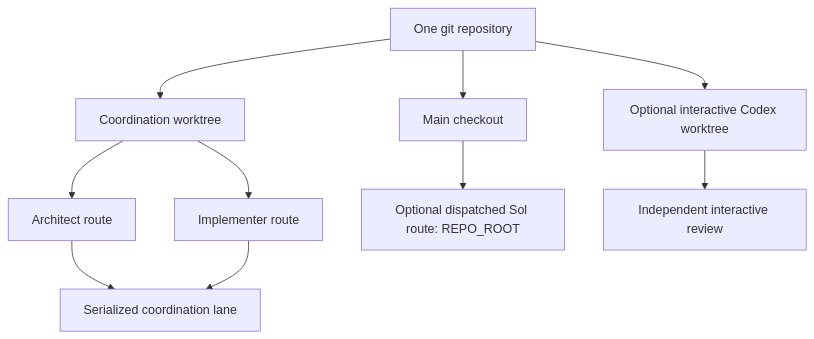
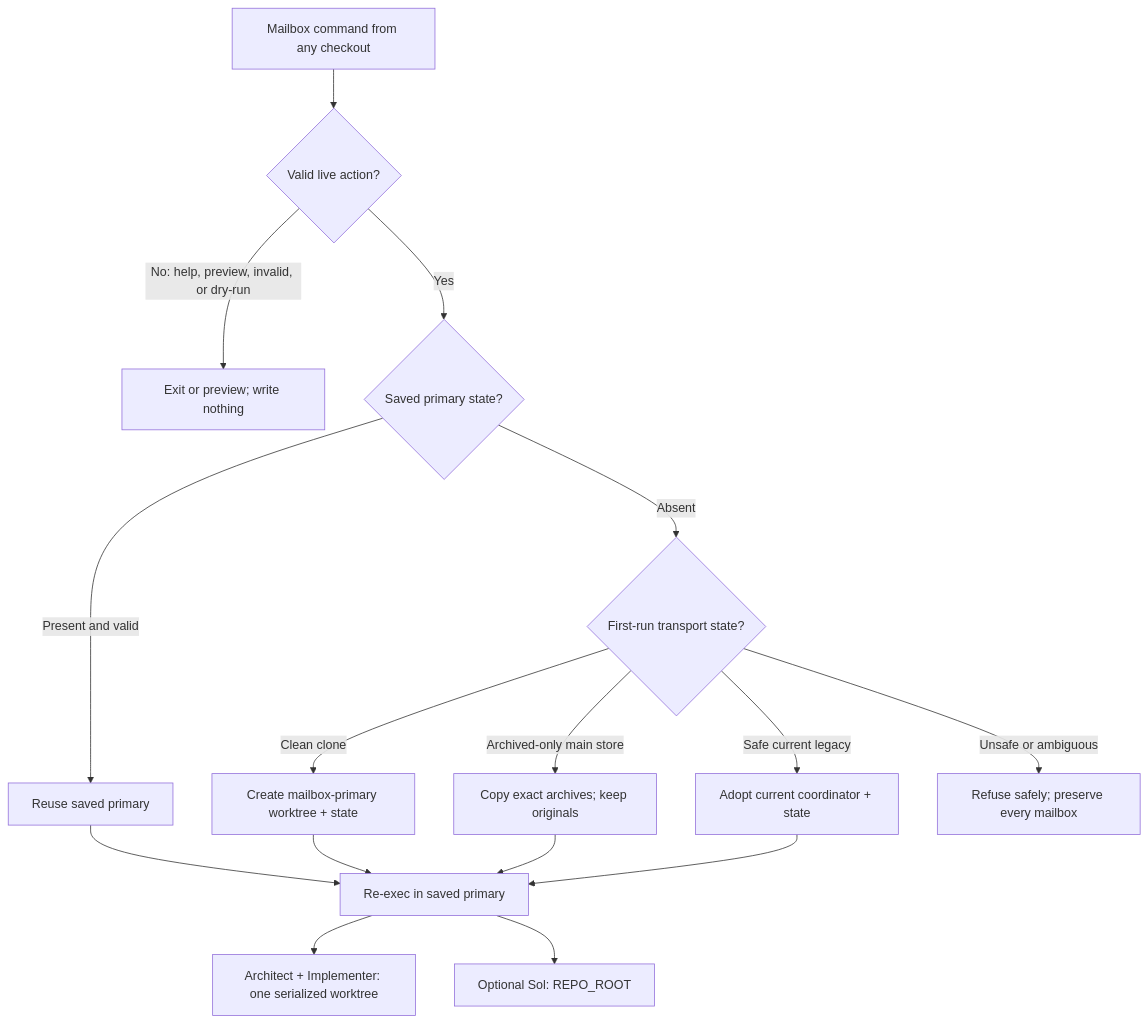
One commit to SBU-COSMOLIKE/emulators_code_v2 changed the eighth of 8 diagrams in ai/README.md. Above: the diagram before and after it, drawn with Mermaid. The commit also changed other lines of this file and 8 other files, not shown here.

Commit message:
Add persistent mailbox coordination worktree

````diff
--- a/ai/README.md
+++ b/ai/README.md
@@ -699,12 +759,18 @@
 ```mermaid
-flowchart TB
-  G["One git repository"] --> M["Main checkout"]
-  G --> C["Coordination worktree"]
-  G --> R["Optional interactive Codex worktree"]
-  C --> A["Architect route"]
-  C --> I["Implementer route"]
-  M --> S["Optional dispatched Sol route: REPO_ROOT"]
-  R --> X["Independent interactive review"]
-  A --> L["Serialized coordination lane"]
-  I --> L
+flowchart TD
+  C["Mailbox command from any checkout"] --> V{"Valid live action?"}
+  V -->|"No: help, preview, invalid, or dry-run"| Z["Exit or preview; write nothing"]
+  V -->|"Yes"| S{"Saved primary state?"}
+  S -->|"Present and valid"| R["Reuse saved primary"]
+  S -->|"Absent"| L{"First-run transport state?"}
+  L -->|"Clean clone"| N["Create mailbox-primary worktree + state"]
+  L -->|"Archived-only main store"| B["Copy exact archives; keep originals"]
+  L -->|"Safe current legacy"| D["Adopt current coordinator + state"]
+  L -->|"Unsafe or ambiguous"| F["Refuse safely; preserve every mailbox"]
+  N --> X["Re-exec in saved primary"]
+  B --> X
+  D --> X
+  R --> X
+  X --> A["Architect + Implementer: one serialized worktree"]
+  X --> O["Optional Sol: REPO_ROOT"]
 ```
````
